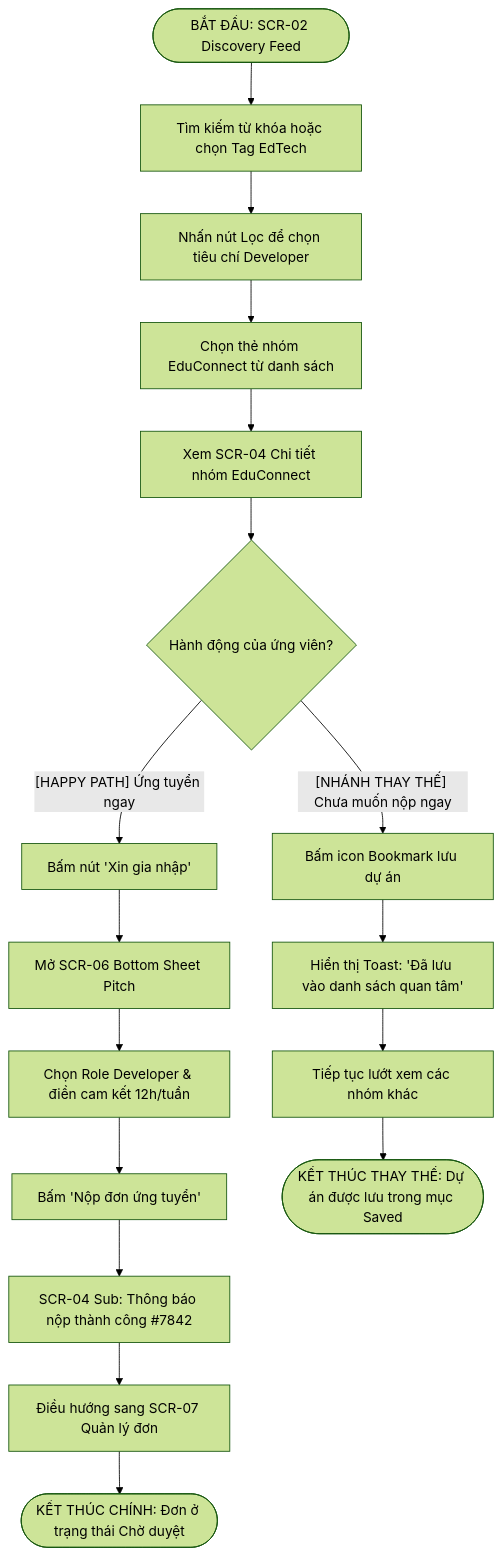
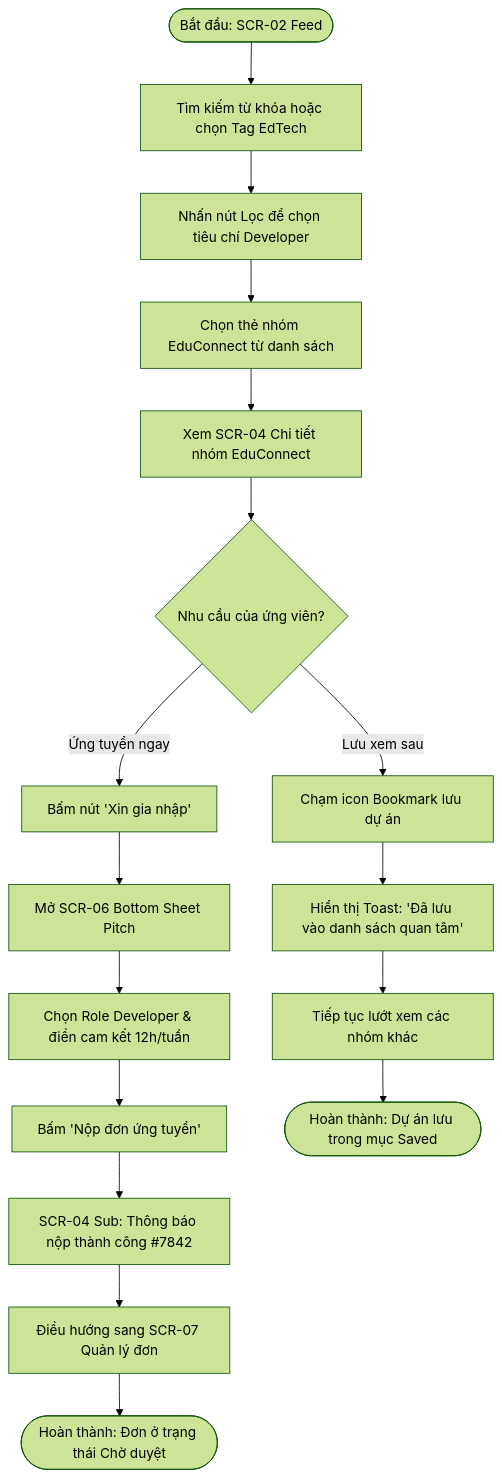
Before and after one commit to LuTu-2004/prm323-lab2-group4: the first of 3 diagrams in ux/user-flow.md, drawn with Mermaid (forest theme). The commit also changed other lines of this file and 1 other file, not shown here.

Commit message:
refactor: use professional flowchart terminology for all 3 user flows

````diff
--- a/ux/user-flow.md
+++ b/ux/user-flow.md
@@ -46,23 +46,23 @@
 ```mermaid
 flowchart TD
-    Start([BẮT ĐẦU: SCR-02 Discovery Feed]) --> Search[Tìm kiếm từ khóa hoặc chọn Tag EdTech]
+    Start([Bắt đầu: SCR-02 Feed]) --> Search[Tìm kiếm từ khóa hoặc chọn Tag EdTech]
     Search --> Filter[Nhấn nút Lọc để chọn tiêu chí Developer]
     Filter --> ViewGroup[Chọn thẻ nhóm EduConnect từ danh sách]
     ViewGroup --> Detail[Xem SCR-04 Chi tiết nhóm EduConnect]
-    Detail --> Decision{Hành động của ứng viên?}
+    Detail --> Decision{Nhu cầu của ứng viên?}
 
-    %% Nhánh thành công (Happy Path)
-    Decision -- [HAPPY PATH] Ứng tuyển ngay --> ClickApply[Bấm nút 'Xin gia nhập']
+    %% Hướng ứng tuyển trực tiếp
+    Decision -- Ứng tuyển ngay --> ClickApply[Bấm nút 'Xin gia nhập']
     ClickApply --> OpenPitch[Mở SCR-06 Bottom Sheet Pitch]
     OpenPitch --> FillForm[Chọn Role Developer & điền cam kết 12h/tuần]
     FillForm --> Submit[Bấm 'Nộp đơn ứng tuyển']
     Submit --> ShowSuccess[SCR-04 Sub: Thông báo nộp thành công #7842]
     ShowSuccess --> NavManage[Điều hướng sang SCR-07 Quản lý đơn]
-    NavManage --> EndHappy([KẾT THÚC CHÍNH: Đơn ở trạng thái Chờ duyệt])
+    NavManage --> EndHappy([Hoàn thành: Đơn ở trạng thái Chờ duyệt])
 
-    %% Nhánh thay thế (Alternative Path)
-    Decision -- [NHÁNH THAY THẾ] Chưa muốn nộp ngay --> ClickBookmark[Bấm icon Bookmark lưu dự án]
+    %% Hướng lưu trữ đối sánh sau
+    Decision -- Lưu xem sau --> ClickBookmark[Chạm icon Bookmark lưu dự án]
     ClickBookmark --> ToastSaved[Hiển thị Toast: 'Đã lưu vào danh sách quan tâm']
     ToastSaved --> ContinueBrowsing[Tiếp tục lướt xem các nhóm khác]
-    ContinueBrowsing --> EndAlt([KẾT THÚC THAY THẾ: Dự án được lưu trong mục Saved])
+    ContinueBrowsing --> EndAlt([Hoàn thành: Dự án lưu trong mục Saved])
 ```
````
